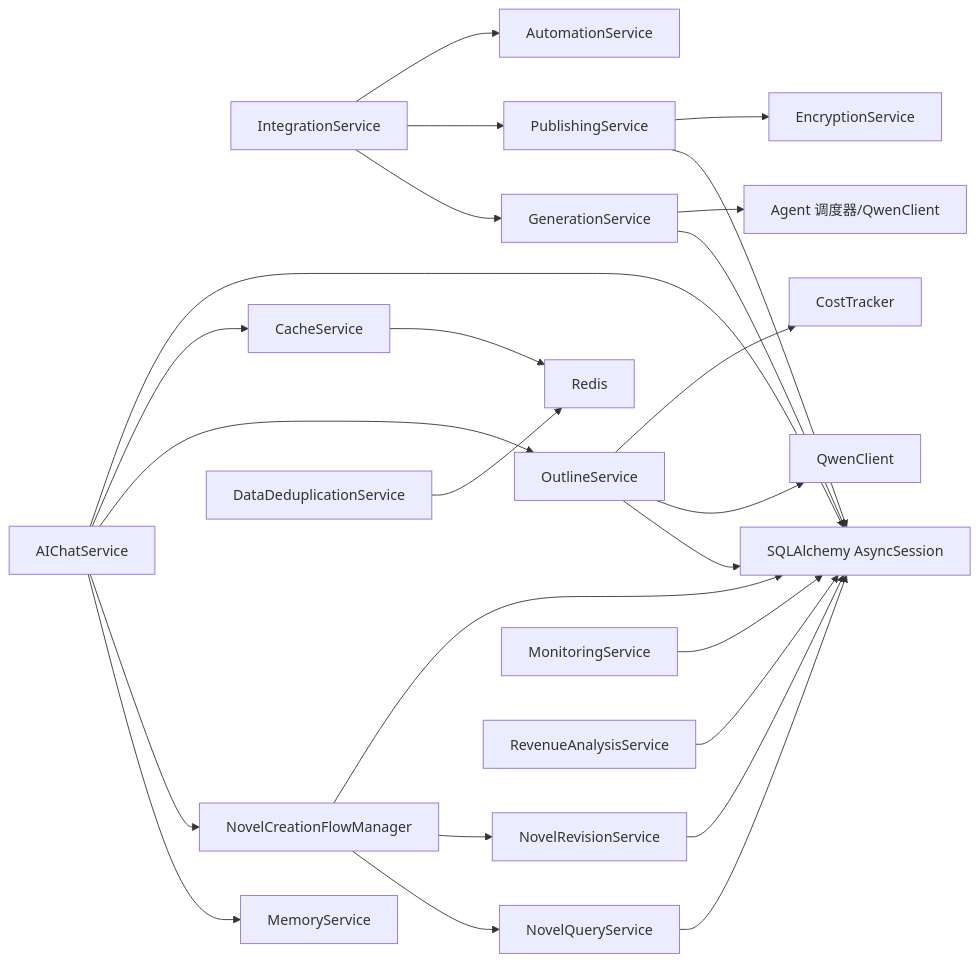
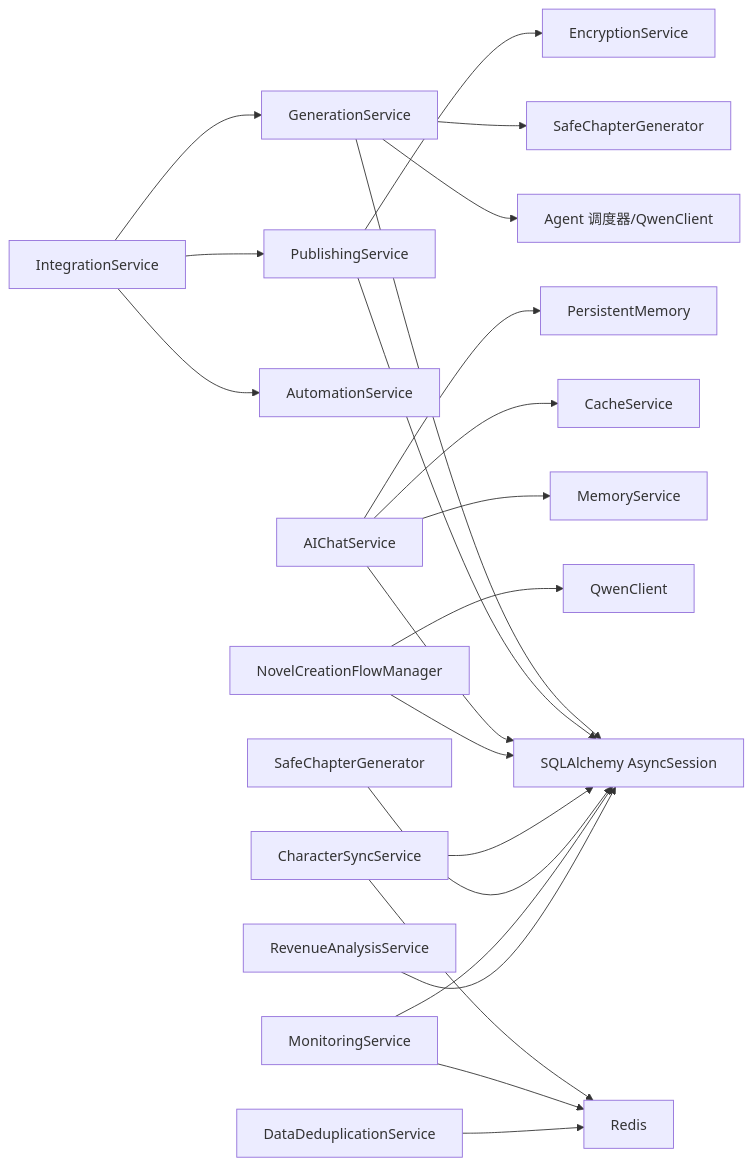
The ninth of 9 diagrams in .qoder/repowiki/zh/content/后端架构/服务层设计.md (xfbyxq/ai-novel-system), drawn with Mermaid before and after one commit. The commit also changed other lines of this file and 38 other files, not shown here.

````diff
--- a/.qoder/repowiki/zh/content/后端架构/服务层设计.md
+++ b/.qoder/repowiki/zh/content/后端架构/服务层设计.md
@@ -683,27 +578,24 @@
 ```mermaid
 graph LR
 Gen["GenerationService"] --> DB["SQLAlchemy AsyncSession"]
 Gen --> Agent["Agent 调度器/QwenClient"]
+Gen --> SafeGen["SafeChapterGenerator"]
 Pub["PublishingService"] --> DB
 Pub --> Enc["EncryptionService"]
 Int["IntegrationService"] --> Gen
 Int --> Pub
 Int --> Auto["AutomationService"]
 AI["AIChatService"] --> Mem["MemoryService"]
-AI --> Flow["NovelCreationFlowManager"]
-AI --> Outline["OutlineService"]
 AI --> Cache["CacheService"]
-Flow --> Query["NovelQueryService"]
-Flow --> Revise["NovelRevisionService"]
-Flow --> DB
-Query --> DB
-Revise --> DB
-Outline --> DB
-Outline --> Qwen["QwenClient"]
-Outline --> Cost["CostTracker"]
-Cache --> Redis["Redis"]
 AI --> DB
+AI --> PersMem["PersistentMemory"]
+NF["NovelCreationFlowManager"] --> DB
+NF --> Qwen["QwenClient"]
+CS["CharacterSyncService"] --> DB
+CS --> Redis["Redis"]
+SG["SafeChapterGenerator"] --> DB
 Mon["MonitoringService"] --> DB
+Mon --> Redis
 Rev["RevenueAnalysisService"] --> DB
 Dedup["DataDeduplicationService"] --> Redis
 ```
````
